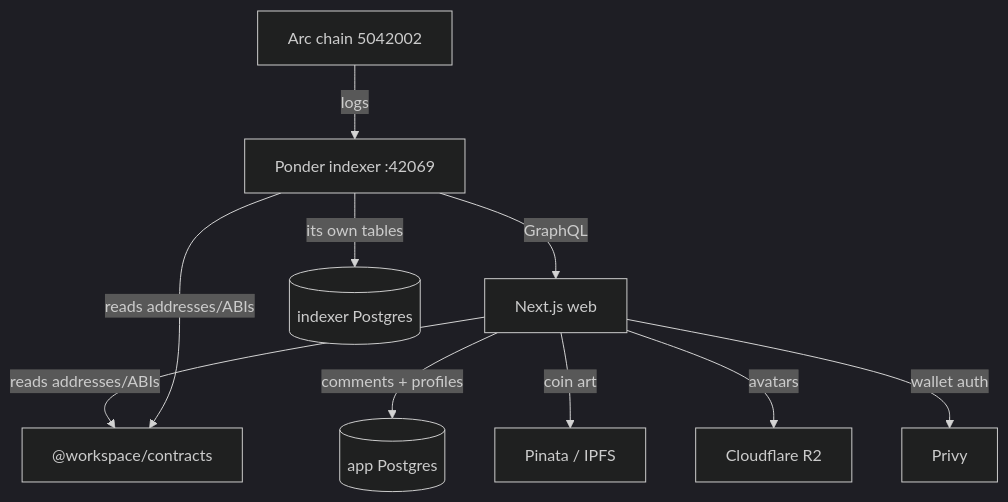
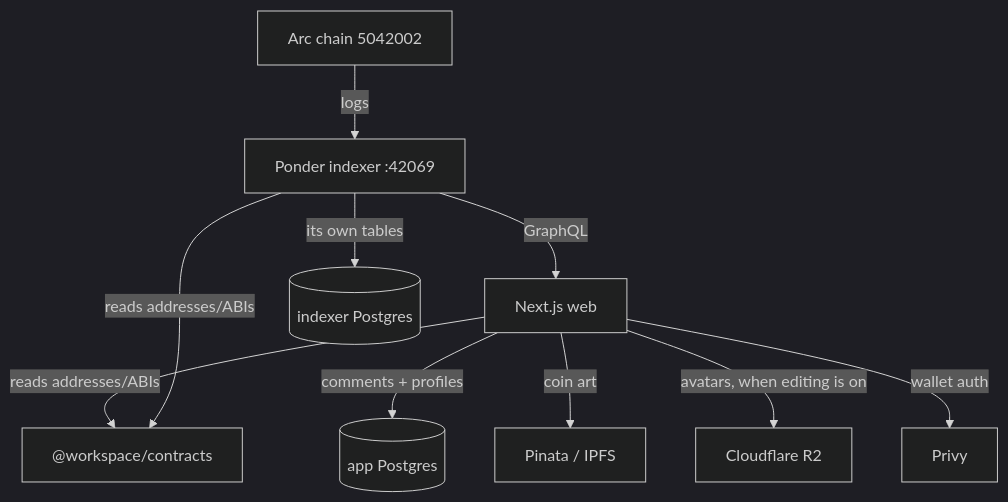
The diagram in docs/ARCHITECTURE.md (Berth-Club/berth-v2), drawn with Mermaid (dark theme) before and after one commit. The commit also changed other lines of this file and 8 other files, not shown here.

````diff
--- a/docs/ARCHITECTURE.md
+++ b/docs/ARCHITECTURE.md
@@ -36,12 +36,12 @@
 ```mermaid
 flowchart TB
   chain[Arc chain 5042002] -->|logs| indexer[Ponder indexer :42069]
   indexer -->|GraphQL| web[Next.js web]
   web -->|reads addresses/ABIs| contracts["@workspace/contracts"]
   indexer -->|reads addresses/ABIs| contracts
   web -->|comments + profiles| appdb[(app Postgres)]
   indexer -->|its own tables| idxdb[(indexer Postgres)]
   web -->|coin art| pinata[Pinata / IPFS]
-  web -->|avatars| r2[Cloudflare R2]
+  web -->|avatars, when editing is on| r2[Cloudflare R2]
   web -->|wallet auth| privy[Privy]
 ```
````
